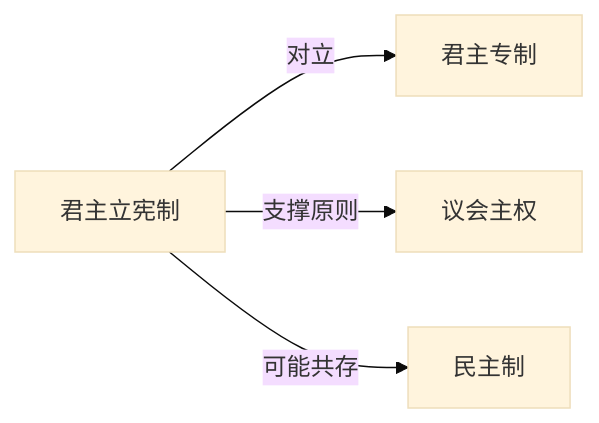
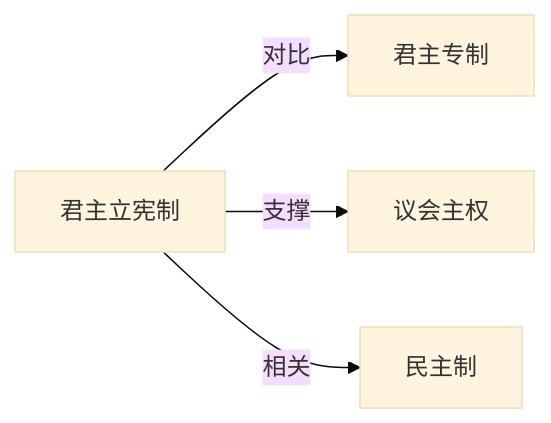
One commit to KIMMCHOW/MyKnowledge changed the diagram in Knowledge/Concepts/政治/君主立宪制.md. Above: the diagram before and after it, drawn with Mermaid (base theme). The commit also changed 95 other files, not shown here.

Commit message:
reorganize: 统一关系图边标签为11类

````diff
--- a/Knowledge/Concepts/政治/君主立宪制.md
+++ b/Knowledge/Concepts/政治/君主立宪制.md
@@ -43,6 +43,6 @@
 ```mermaid
 graph LR
-君主立宪制 -->|对立| 君主专制
-君主立宪制 -->|支撑原则| 议会主权
-君主立宪制 -->|可能共存| 民主制
+君主立宪制 -->|对比| 君主专制
+君主立宪制 -->|支撑| 议会主权
+君主立宪制 -->|相关| 民主制
 ```
````
